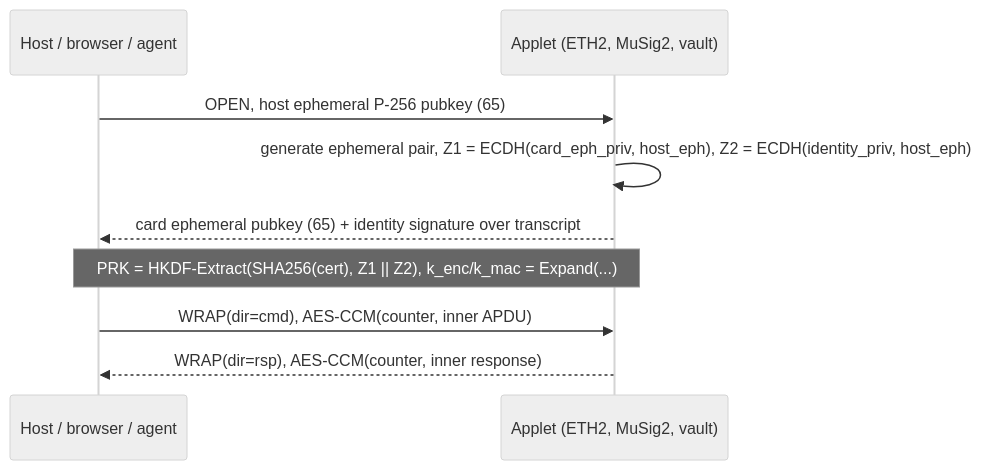
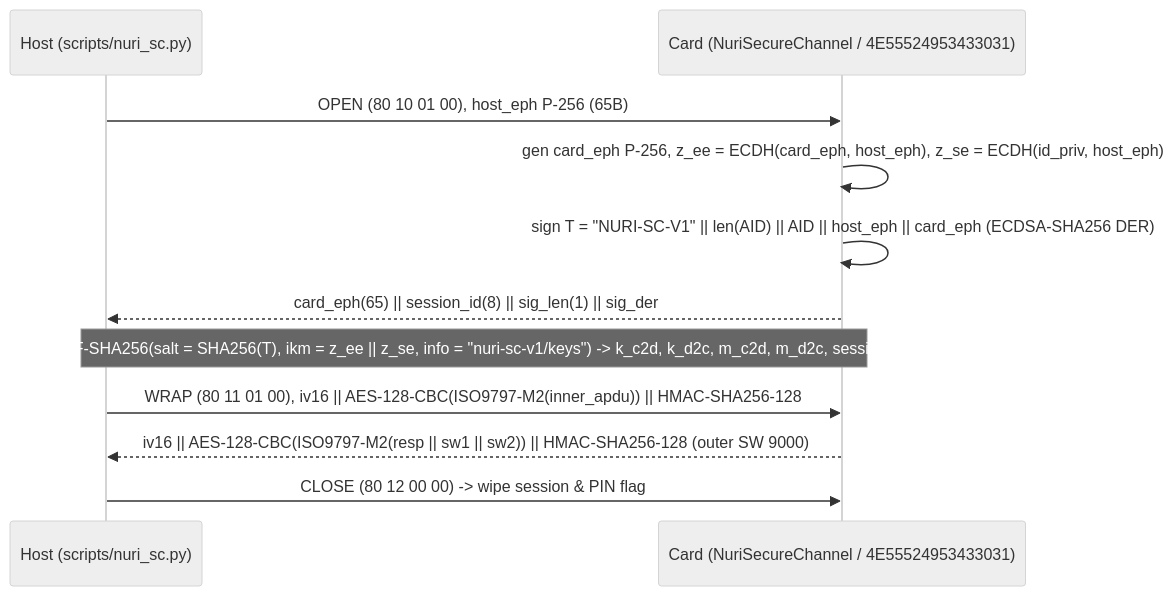
Before and after one commit to nuri-com/nuri-passkey-prf-smartcard: the diagram in docs/secure-channel.md, drawn with Mermaid (neutral theme). The commit also changed other lines of this file and 28 other files, not shown here.

First line of the commit message:
feat(sc): implement NURI-SC v1 Java Card + Python tunnel and live card proof (#59)

````diff
--- a/docs/secure-channel.md
+++ b/docs/secure-channel.md
@@ -3,11 +5,13 @@
 ```mermaid
 sequenceDiagram
-  participant H as Host / browser / agent
-  participant C as Applet (ETH2, MuSig2, vault)
-  H->>C: OPEN, host ephemeral P-256 pubkey (65)
-  C->>C: generate ephemeral pair, Z1 = ECDH(card_eph_priv, host_eph), Z2 = ECDH(identity_priv, host_eph)
-  C-->>H: card ephemeral pubkey (65) + identity signature over transcript
-  Note over H,C: PRK = HKDF-Extract(SHA256(cert), Z1 || Z2), k_enc/k_mac = Expand(...)
-  H->>C: WRAP(dir=cmd), AES-CCM(counter, inner APDU)
-  C-->>H: WRAP(dir=rsp), AES-CCM(counter, inner response)
+  participant H as Host (scripts/nuri_sc.py)
+  participant C as Card (NuriSecureChannel / 4E55524953433031)
+  H->>C: OPEN (80 10 01 00), host_eph P-256 (65B)
+  C->>C: gen card_eph P-256, z_ee = ECDH(card_eph, host_eph), z_se = ECDH(id_priv, host_eph)
+  C->>C: sign T = "NURI-SC-V1" || len(AID) || AID || host_eph || card_eph (ECDSA-SHA256 DER)
+  C-->>H: card_eph(65) || session_id(8) || sig_len(1) || sig_der
+  Note over H,C: HKDF-SHA256(salt = SHA256(T), ikm = z_ee || z_se, info = "nuri-sc-v1/keys") -> k_c2d, k_d2c, m_c2d, m_d2c, session_id
+  H->>C: WRAP (80 11 01 00), iv16 || AES-128-CBC(ISO9797-M2(inner_apdu)) || HMAC-SHA256-128
+  C-->>H: iv16 || AES-128-CBC(ISO9797-M2(resp || sw1 || sw2)) || HMAC-SHA256-128 (outer SW 9000)
+  H->>C: CLOSE (80 12 00 00) -> wipe session & PIN flag
 ```
````
